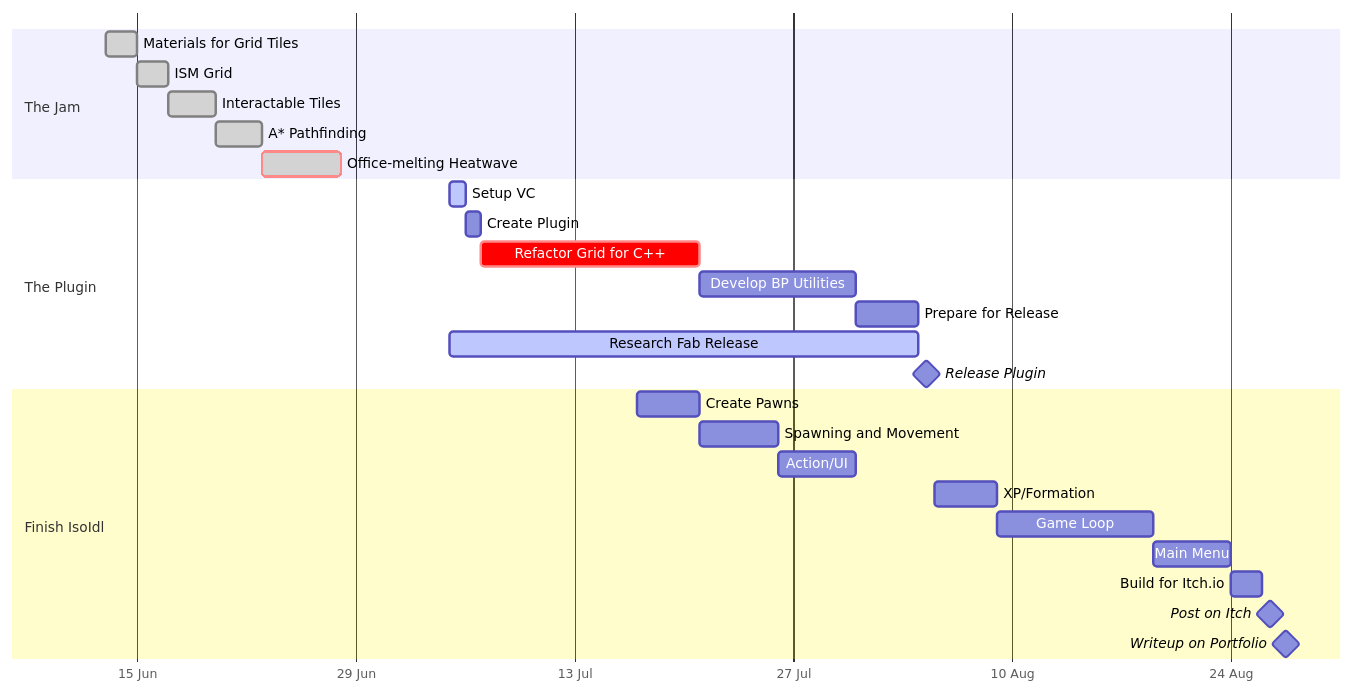
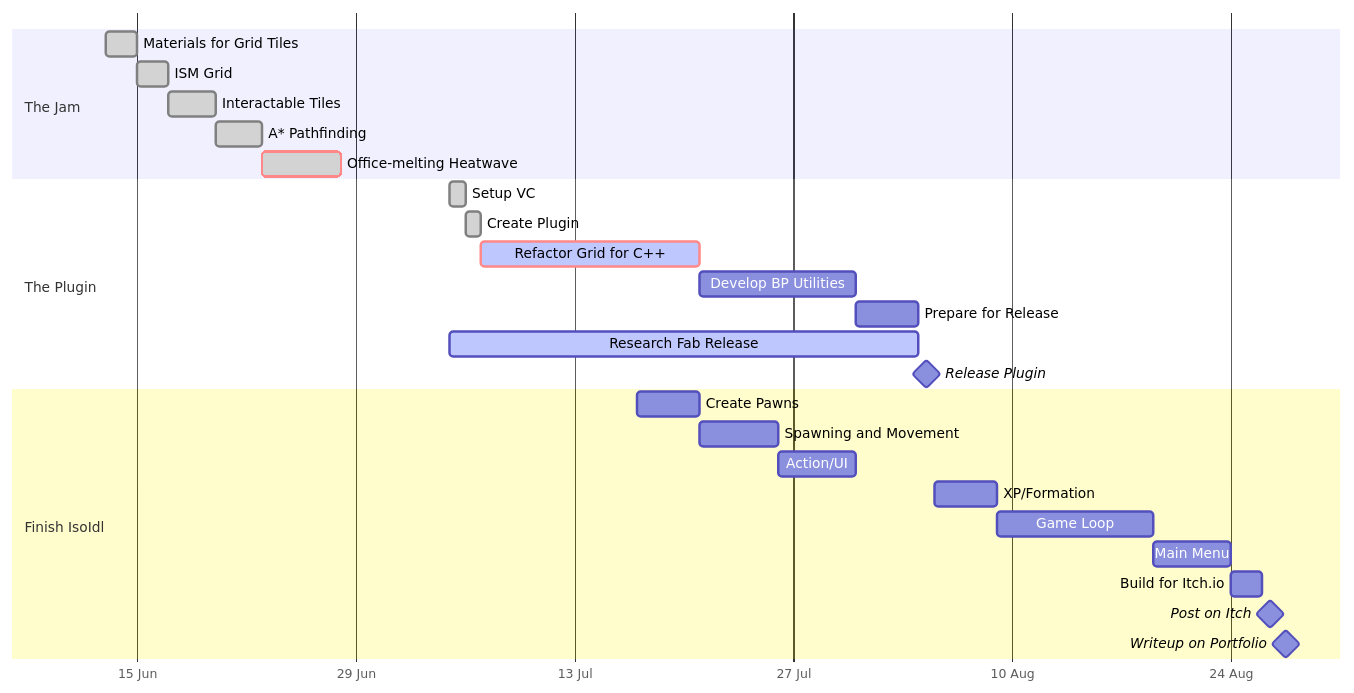
Before and after one commit to ambrosiacvet/quartz-devblog: the diagram in content/June 2025/IsoIdl.md, drawn with Mermaid. The commit also changed other lines of this file, not shown here.

Commit message:
Quartz sync: Jul 7, 2025, 1:08 AM

````diff
--- a/content/June 2025/IsoIdl.md
+++ b/content/June 2025/IsoIdl.md
@@ -55,33 +55,33 @@
 ```mermaid
 gantt
     dateFormat  MM-DD-YYYY
     axisFormat  %d %b
     tickInterval 2week
 
     section The Jam
 	Materials for Grid Tiles       :done,     mats,         06-13-2025, 2d
 	ISM Grid                       :done,     grid,         after mats, 2d
 	Interactable Tiles             :done,     interact,     after grid, 3d
 	A* Pathfinding                 :done,     path,         after interact, 3d
 	Office-melting Heatwave        :crit, done, heat,       after path, 5d
 
     section The Plugin
-    Setup VC                       :active,   vc,           07-05-2025, 1d
-    Create Plugin                  :          plugin,       after vc, 1d
-    Refactor Grid for C++          :crit,     refact,       after plugin, 14d
+    Setup VC                       :done,     vc,           07-05-2025, 1d
+    Create Plugin                  :done,     plugin,       after vc, 1d
+    Refactor Grid for C++          :crit, active, refact,       after plugin, 14d
 	Develop BP Utilities           :          util,         after refact, 10d
 	Prepare for Release            :          prep,         after util, 4d
 	Research Fab Release           :active,   research,     07-05-2025, until releasep
 	Release Plugin                 :milestone,releasep,     after prep, 1d
 
 	section Finish IsoIdl
 	Create Pawns                   :          pawn,         07-17-2025, until util
 	Spawning and Movement          :          move,         after pawn, 5d
 	Action/UI                      :          ui,           after move, 5d
 	XP/Formation                   :          xp,           after releasep, 4d
 	Game Loop                      :          loop,         after xp, 10d
 	Main Menu                      :          menu,         after loop, 5d
 	Build for Itch.io              :          build,        after menu, 2d
 	Post on Itch                   :milestone,releasei,     after build, 1d
 	Writeup on Portfolio           :milestone,port,         after releasei, 1d
 ```
````
